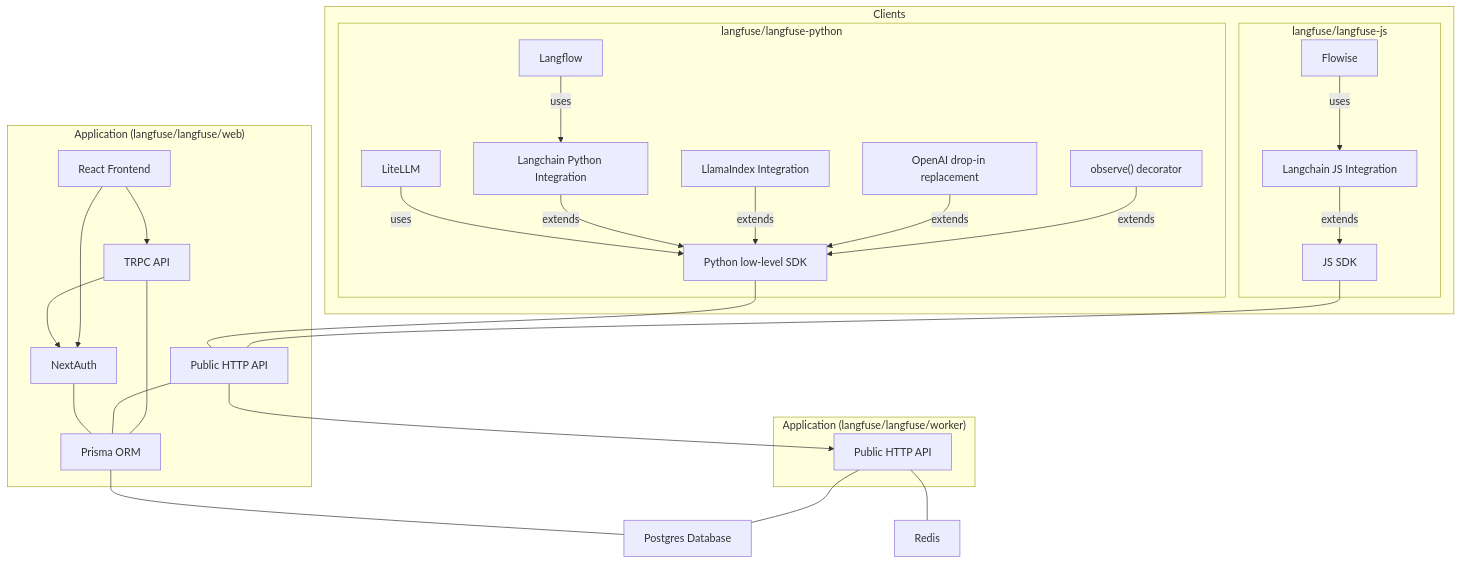
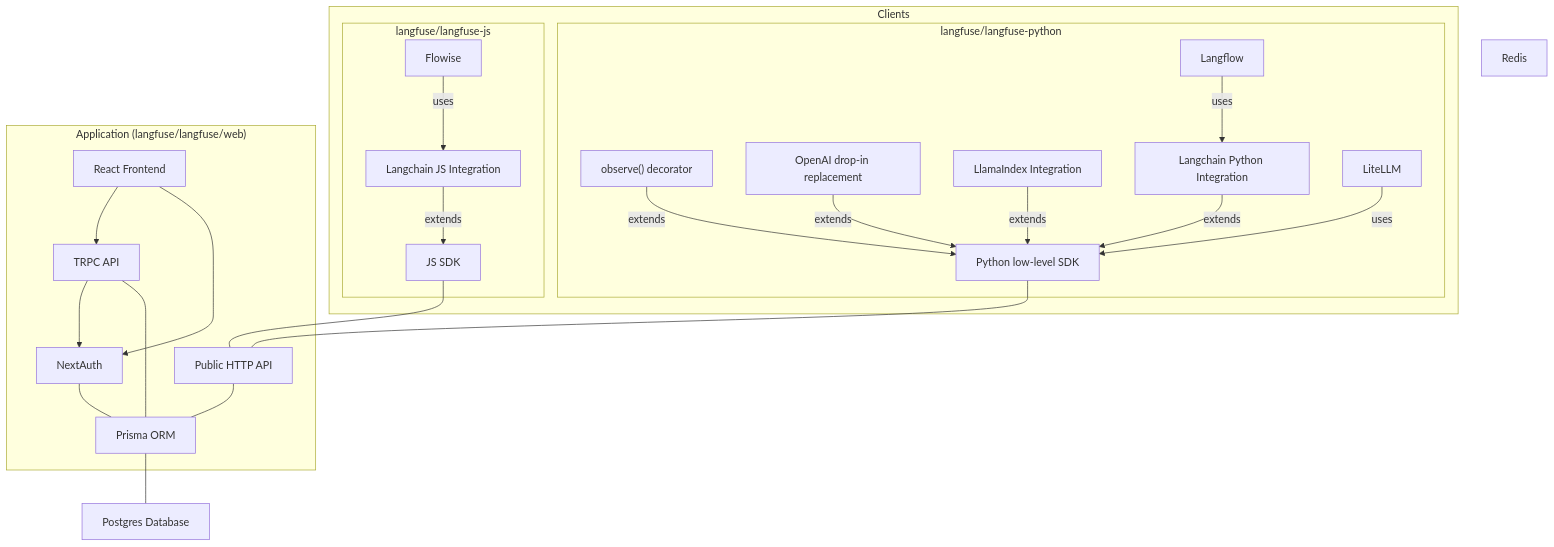
Before and after one commit to MohsinCreed/LangfuseOllama: the first of 3 diagrams in CONTRIBUTING.md, drawn with Mermaid. The commit also changed other lines of this file, not shown here.

````diff
--- a/CONTRIBUTING.md
+++ b/CONTRIBUTING.md
@@ -60,48 +58,40 @@
 ```mermaid
 flowchart TB
     subgraph s4["Clients"]
         subgraph s2["langfuse/langfuse-python"]
             Python["Python low-level SDK"]
             Decorator["observe() decorator"] -->|extends| Python
             OAI["OpenAI drop-in replacement"] -->|extends| Python
             Llamaindex["LlamaIndex Integration"] -->|extends| Python
             LCPYTHON["Langchain Python Integration"] -->|extends| Python
             Langflow -->|uses| LCPYTHON
             LiteLLM -->|uses| Python
         end
         subgraph s3["langfuse/langfuse-js"]
             JS["JS SDK"]
             LCJS["Langchain JS Integration"]  -->|extends| JS
             Flowise -->|uses| LCJS
         end
     end
 
     DB[Postgres Database]
     Redis[Redis]
 
     subgraph s1["Application (langfuse/langfuse/web)"]
         API[Public HTTP API]
         G[TRPC API]
         I[NextAuth]
         H[React Frontend]
         Prisma[Prisma ORM]
         H --> G
         H --> I
         G --> I
         G --- Prisma
         API --- Prisma
         I --- Prisma
     end
 
-    subgraph s5["Application (langfuse/langfuse/worker)"]
-        Worker_API[Public HTTP API]
-    end
-
-    API --> Worker_API
-    Worker_API --- DB
-    Worker_API --- Redis
-
     Prisma --- DB
     JS --- API
     Python --- API
 ```
````
